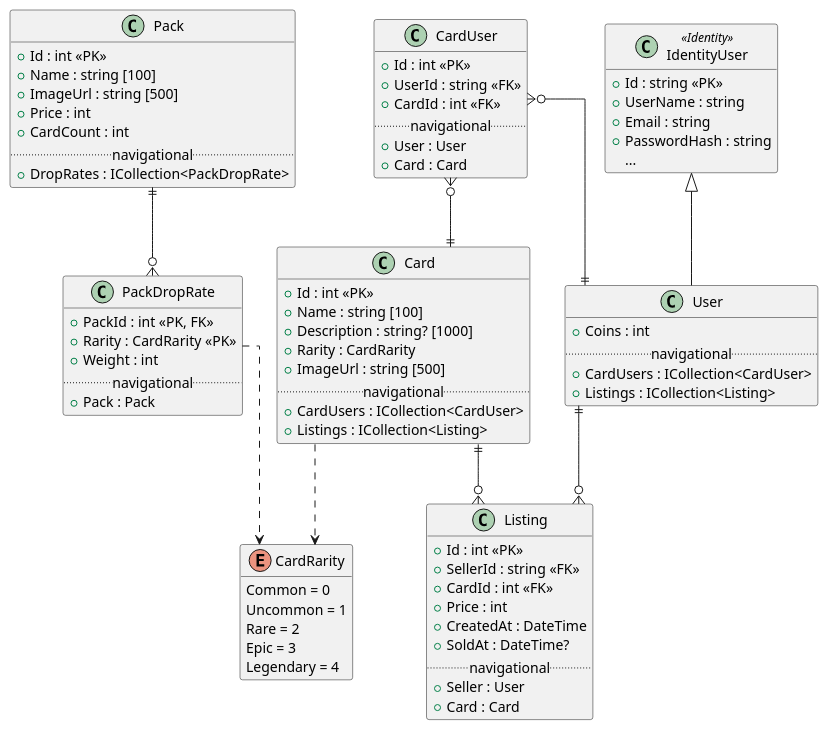
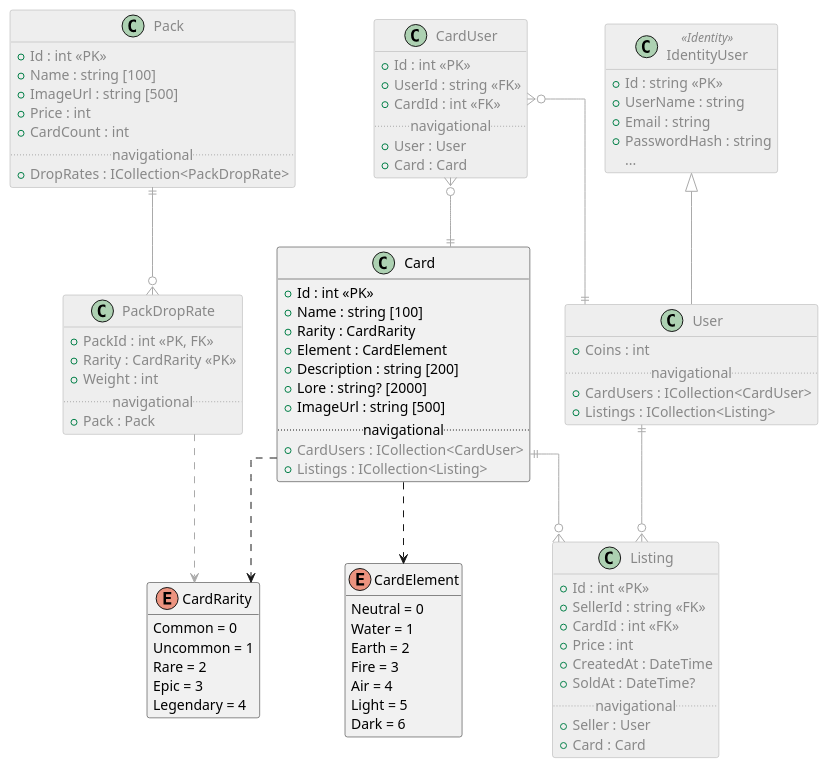
Before and after one commit to joshika39/university-fullstack-backend: the diagram in docs/models.puml, drawn with PlantUML. The commit also changed 5 other files, not shown here.

Commit message:
Update diagrams

```diff
--- a/docs/models.puml
+++ b/docs/models.puml
@@ -1,102 +1,106 @@
 @startuml Models
 
 hide empty members
 
 skinparam Linetype ortho
 
-class IdentityUser <<Identity>> {
+class IdentityUser <<Identity>> #EEEEEE;line:AAAAAA;text:888888 {
     +Id : string <<PK>>
     +UserName : string
     +Email : string
     +PasswordHash : string
     ...
 }
 
-class User {
+class User #EEEEEE;line:AAAAAA;text:888888 {
     +Coins : int
     .. navigational ..
     +CardUsers : ICollection<CardUser>
     +Listings : ICollection<Listing>
 }
 
 class Card {
     +Id : int <<PK>>
     +Name : string [100]
-    +Description : string? [1000]
     +Rarity : CardRarity
+    +Element : CardElement
+    +Description : string [200]
+    +Lore : string? [2000]
     +ImageUrl : string [500]
     .. navigational ..
-    +CardUsers : ICollection<CardUser>
-    +Listings : ICollection<Listing>
+    +<color:#888888>CardUsers : ICollection<CardUser></color>
+    +<color:#888888>Listings : ICollection<Listing></color>
 }
 
 enum CardRarity {
     Common = 0
     Uncommon = 1
     Rare = 2
     Epic = 3
     Legendary = 4
 }
 
-' class CardUser {
-'     +UserId : string <<PK, FK>>
-'     +CardId : int <<PK, FK>>
-'     +Quantity : int
-'     .. navigational ..
-'     +User : User
-'     +Card : Card
-' }
+enum CardElement {
+    Neutral = 0
+    Water = 1
+    Earth = 2
+    Fire = 3
+    Air = 4
+    Light = 5
+    Dark = 6
+}
 
-class CardUser {
+class CardUser #EEEEEE;line:AAAAAA;text:888888 {
     +Id : int <<PK>>
     +UserId : string <<FK>>
     +CardId : int <<FK>>
     .. navigational ..
     +User : User
     +Card : Card
 }
 
-class Listing {
+class Listing #EEEEEE;line:AAAAAA;text:888888 {
     +Id : int <<PK>>
     +SellerId : string <<FK>>
     +CardId : int <<FK>>
     +Price : int
     +CreatedAt : DateTime
     +SoldAt : DateTime?
     .. navigational ..
     +Seller : User
     +Card : Card
 }
 
-class Pack {
+class Pack #EEEEEE;line:AAAAAA;text:888888 {
     +Id : int <<PK>>
     +Name : string [100]
     +ImageUrl : string [500]
     +Price : int
     +CardCount : int
     .. navigational ..
     +DropRates : ICollection<PackDropRate>
 }
 
-class PackDropRate {
+class PackDropRate #EEEEEE;line:AAAAAA;text:888888 {
     +PackId : int <<PK, FK>>
     +Rarity : CardRarity <<PK>>
     +Weight : int
     .. navigational ..
     +Pack : Pack
 }
 
 
-IdentityUser <|-- User
+IdentityUser <|-[#AAAAAA]- User
 Card ..> CardRarity
-PackDropRate ..> CardRarity
+Card ..> CardElement
+PackDropRate .[#AAAAAA].> CardRarity
 
-CardUser }o--|| Card
-CardUser }o--|| User
+CardUser }o-[#AAAAAA]-|| Card
+CardUser }o-[#AAAAAA]-|| User
 
-User ||--o{ Listing
-Card ||--o{ Listing
+User ||-[#AAAAAA]-o{ Listing
+Card ||-[#AAAAAA]-o{ Listing
 
-Pack ||--o{ PackDropRate
+Pack ||-[#AAAAAA]-o{ PackDropRate
 
 @enduml
```
